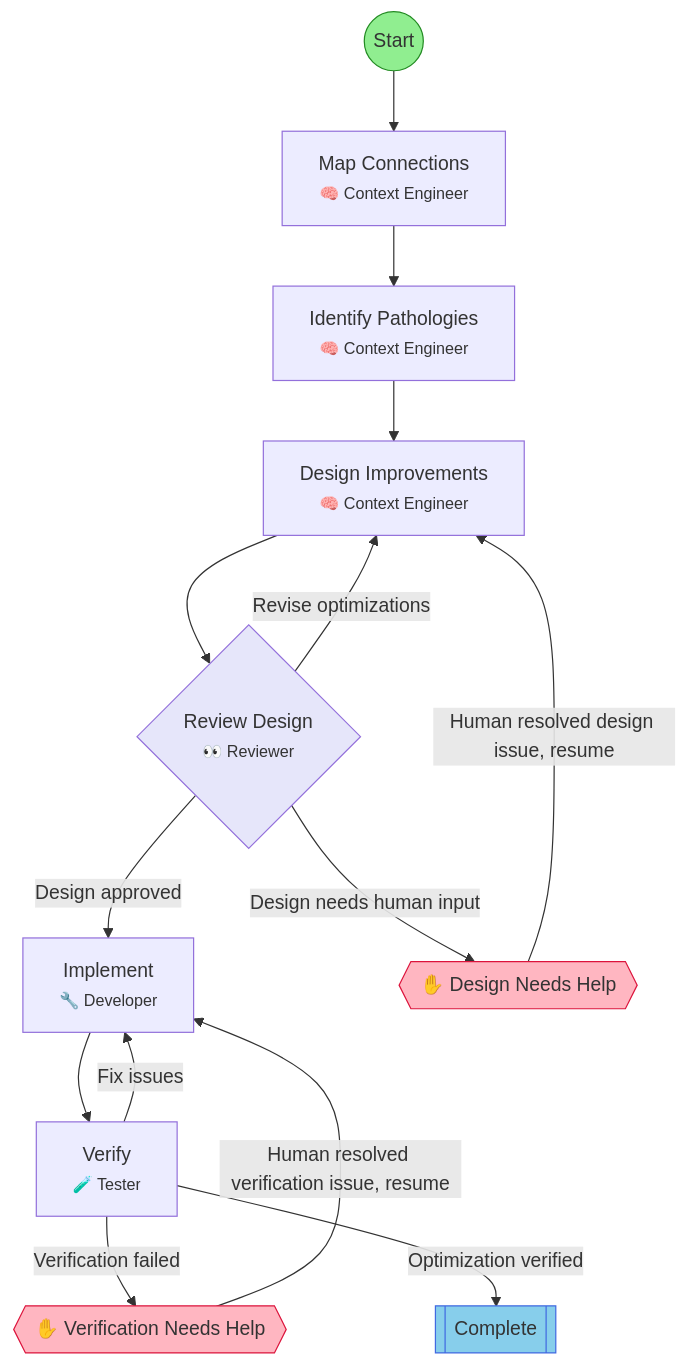
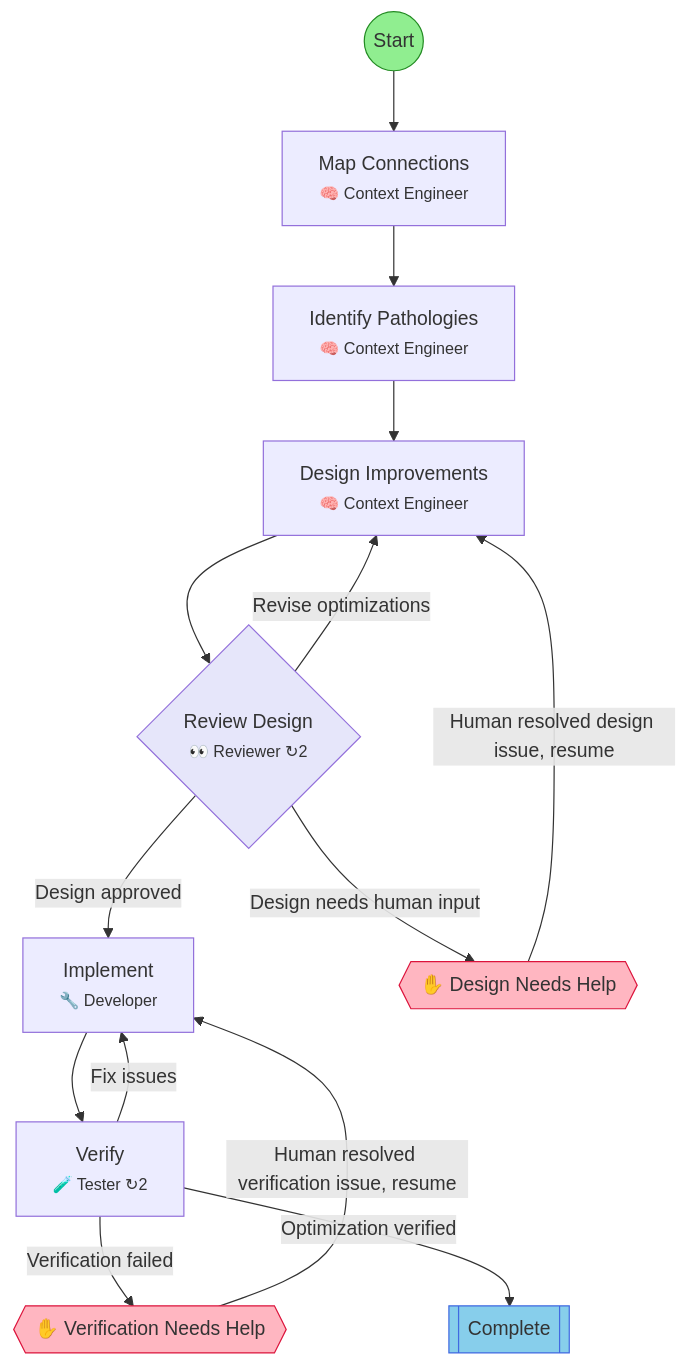
One commit to leclabs/agent-toolkit changed the diagram in .flow/diagrams/context-optimization.md. Above: the diagram before and after it, drawn with Mermaid. The commit also changed other lines of this file and 114 other files, not shown here.

````diff
--- a/.flow/diagrams/context-optimization.md
+++ b/.flow/diagrams/context-optimization.md
@@ -7,38 +7,38 @@
 ```mermaid
 flowchart TD
     start(("Start"))
     map_connections["Map Connections<br/><small>🧠 Context Engineer</small>"]
     identify_pathologies["Identify Pathologies<br/><small>🧠 Context Engineer</small>"]
     design_improvements["Design Improvements<br/><small>🧠 Context Engineer</small>"]
-    review_design{"Review Design<br/><small>👀 Reviewer</small>"}
+    review_design{"Review Design<br/><small>👀 Reviewer ↻2</small>"}
     implement["Implement<br/><small>🔧 Developer</small>"]
-    verify["Verify<br/><small>🧪 Tester</small>"]
+    verify["Verify<br/><small>🧪 Tester ↻2</small>"]
     end_success[["Complete"]]
     hitl_design_failed{{"✋ Design Needs Help"}}
     hitl_verify_failed{{"✋ Verification Needs Help"}}
 
     start --> map_connections
     map_connections --> identify_pathologies
     identify_pathologies --> design_improvements
     design_improvements --> review_design
     review_design -->|Revise optimizations| design_improvements
     review_design -->|Design needs human input| hitl_design_failed
     review_design -->|Design approved| implement
     implement --> verify
     verify -->|Fix issues| implement
     verify -->|Verification failed| hitl_verify_failed
     verify -->|Optimization verified| end_success
     hitl_design_failed -->|Human resolved design issue, resume| design_improvements
     hitl_verify_failed -->|Human resolved verification issue, resume| implement
 
     classDef startStep fill:#90EE90,stroke:#228B22
     classDef successStep fill:#87CEEB,stroke:#4169E1
     classDef hitlStep fill:#FFB6C1,stroke:#DC143C
     classDef gateStep fill:#E6E6FA,stroke:#9370DB
     classDef forkJoinStep fill:#FFEAA7,stroke:#FDCB6E
     classDef currentStep fill:#FFD700,stroke:#FF8C00,stroke-width:3px
     class start startStep
     class end_success successStep
     class hitl_design_failed,hitl_verify_failed hitlStep
     class review_design gateStep
 ```
````
